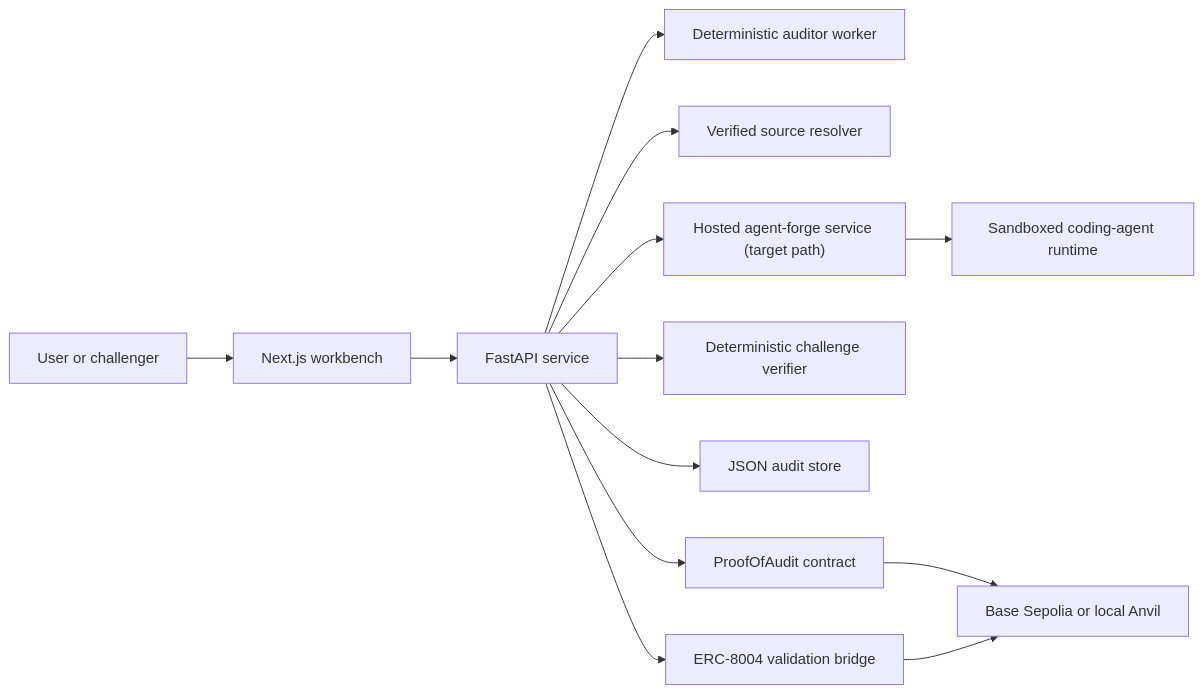
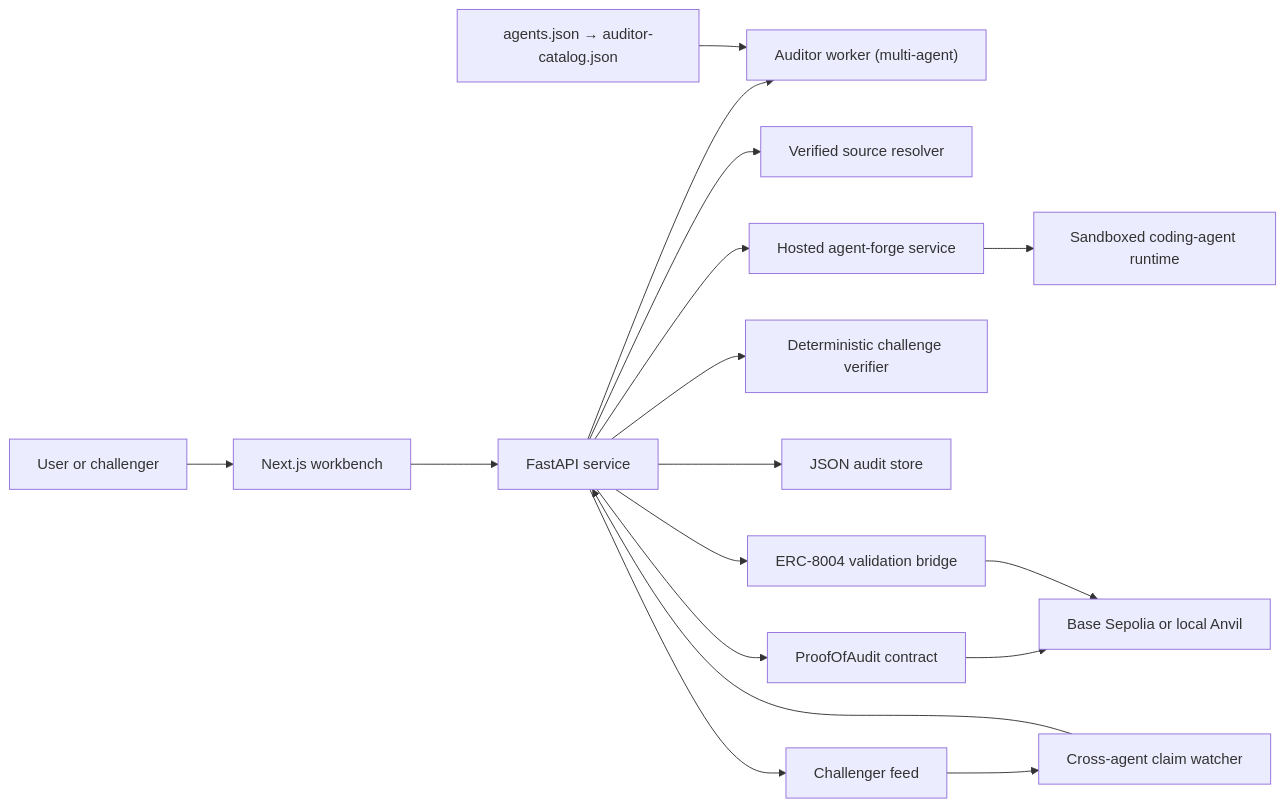
One commit to akoita/proof-of-audit changed the diagram in docs/ARCHITECTURE.md. Above: the diagram before and after it, drawn with Mermaid. The commit also changed other lines of this file and 7 other files, not shown here.

First line of the commit message:
docs: retroactive documentation update for multi-agent initiative (#286)

````diff
--- a/docs/ARCHITECTURE.md
+++ b/docs/ARCHITECTURE.md
@@ -14,15 +14,19 @@
 ```mermaid
 flowchart LR
     User["User or challenger"] --> Web["Next.js workbench"]
     Web --> API["FastAPI service"]
-    API --> Worker["Deterministic auditor worker"]
+    API --> Worker["Auditor worker (multi-agent)"]
     API --> Resolver["Verified source resolver"]
-    API --> AgentForge["Hosted agent-forge service (target path)"]
+    API --> AgentForge["Hosted agent-forge service"]
     API --> Verifier["Deterministic challenge verifier"]
     API --> Store["JSON audit store"]
     API --> Contract["ProofOfAudit contract"]
     API --> Validation["ERC-8004 validation bridge"]
+    API --> Feed["Challenger feed"]
+    Feed --> Watcher["Cross-agent claim watcher"]
+    Watcher --> API
     AgentForge --> Sandbox["Sandboxed coding-agent runtime"]
     Contract --> Base["Base Sepolia or local Anvil"]
     Validation --> Base
+    Catalog["agents.json → auditor-catalog.json"] --> Worker
 ```
````
